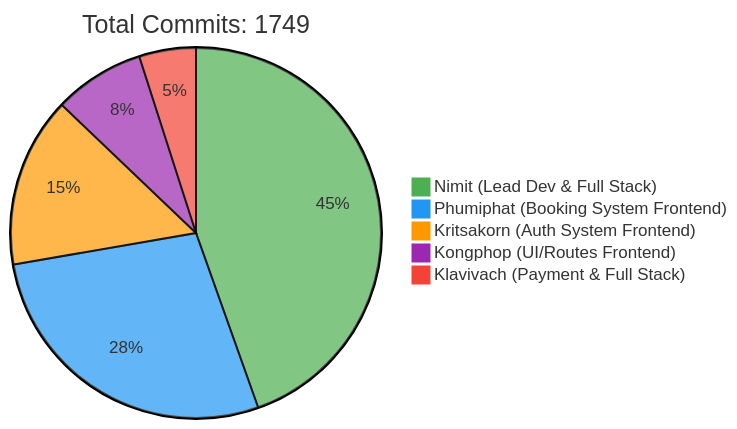
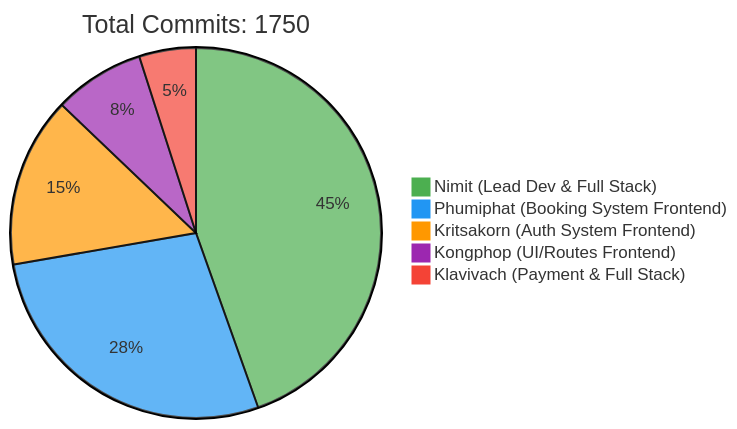
The first of 2 diagrams in README.md (6531503042/Sport-Complex), drawn with Mermaid before and after one commit. The commit also changed other lines of this file, not shown here.

Commit message:
docs: Update contributor statistics [skip ci]

````diff
--- a/README.md
+++ b/README.md
@@ -257,10 +257,10 @@
 ```mermaid
 %%{init: {'theme': 'base', 'themeVariables': { 'pie1': '#4CAF50', 'pie2': '#2196F3', 'pie3': '#FF9800', 'pie4': '#9C27B0', 'pie5': '#F44336'}}}%%
 pie
-    title Total Commits: 1749
+    title Total Commits: 1750
     "Nimit (Lead Dev & Full Stack)" : 450
     "Phumiphat (Booking System Frontend)" : 280
     "Kritsakorn (Auth System Frontend)" : 150
     "Kongphop (UI/Routes Frontend)" : 80
     "Klavivach (Payment & Full Stack)" : 50
 ```
````
